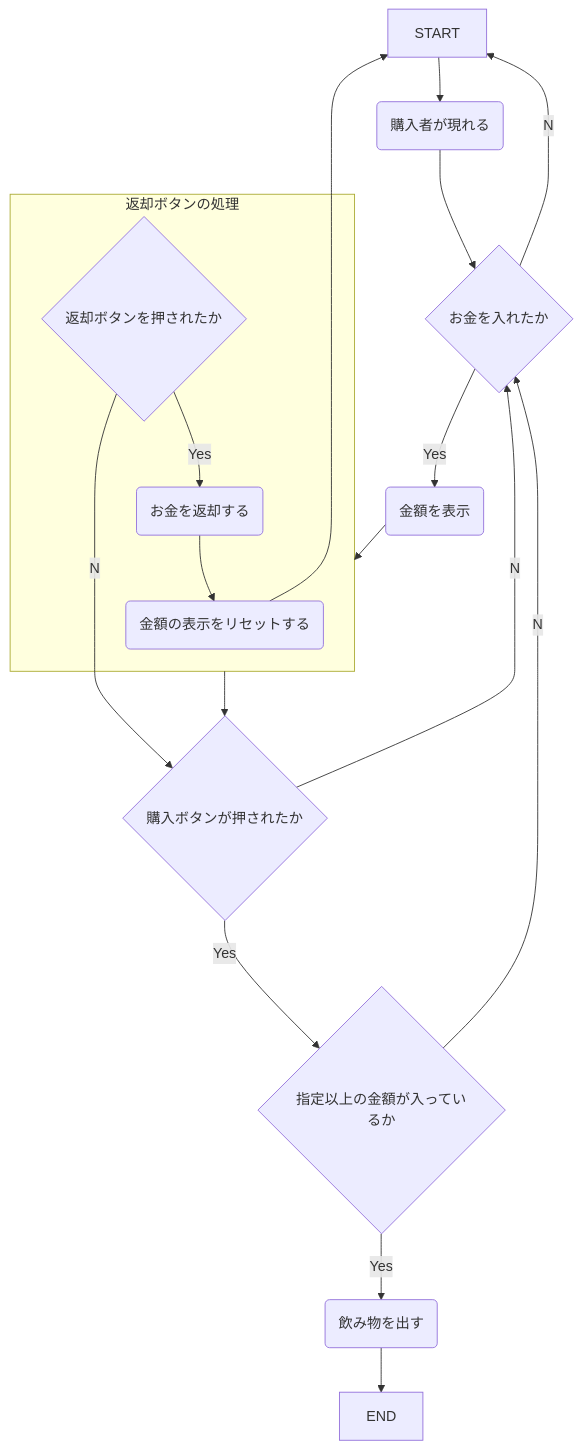
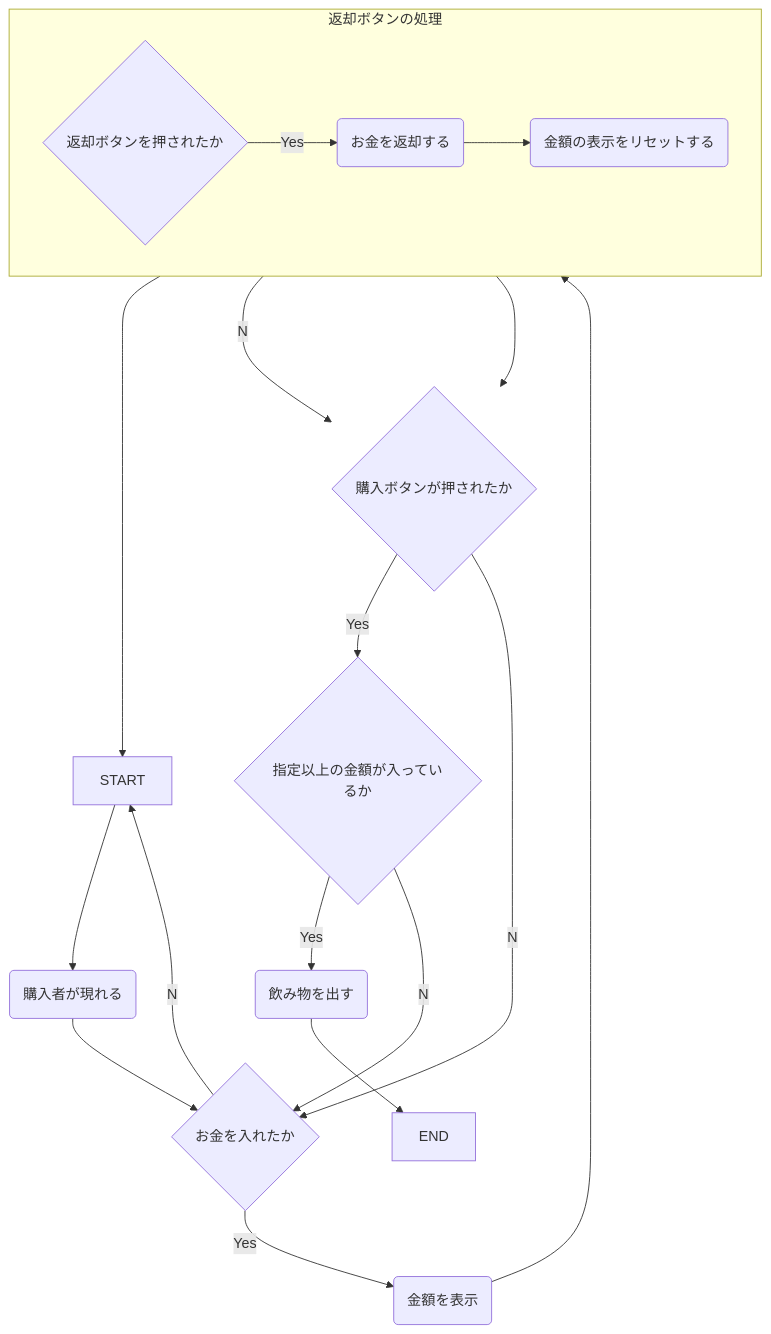
One commit to tpu-game-2022/mermaid_test changed the diagram in README.md. Above: the diagram before and after it, drawn with Mermaid.

Commit message:
フローチャートを変更した

````diff
--- a/README.md
+++ b/README.md
@@ -20,20 +20,21 @@
 ```mermaid
 flowchart TB
   START-->A(購入者が現れる)
   A(購入者が現れる)-->B{お金を入れたか}
   B--Yes-->C(金額を表示)
   B--No-->START
   D3-->START
   C-->返却ボタンの処理-->E{購入ボタンが押されたか}
   D1--No-->E
       subgraph 返却ボタンの処理
+      direction LR
       D1{返却ボタンを押されたか}--Yes-->D2(お金を返却する)
       D2-->D3(金額の表示をリセットする)
       end
 
   E{購入ボタンが押されたか}--Yes-->F{指定以上の金額が入っているか}
   E--No-->B
   F--Yes-->G(飲み物を出す)
   F--No-->B
   G-->END
 ```
````
